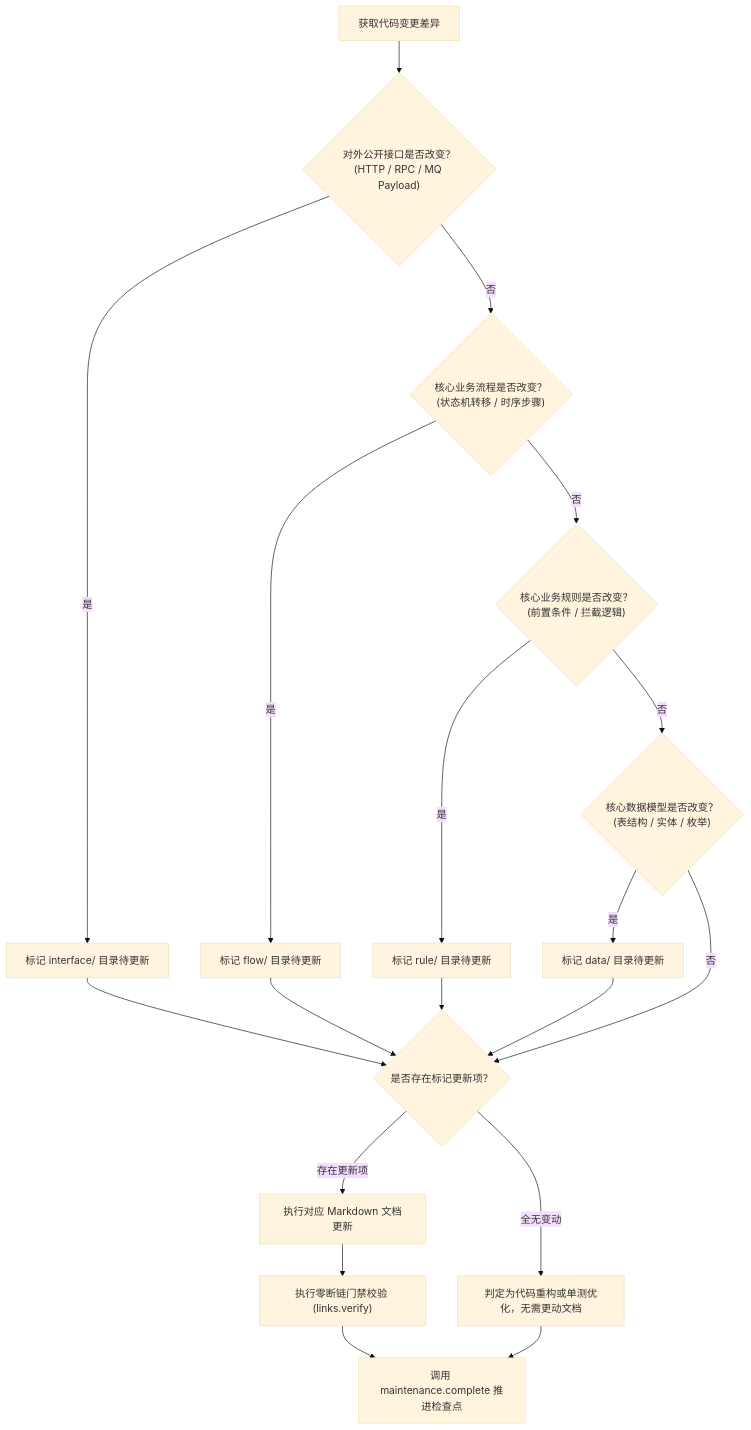
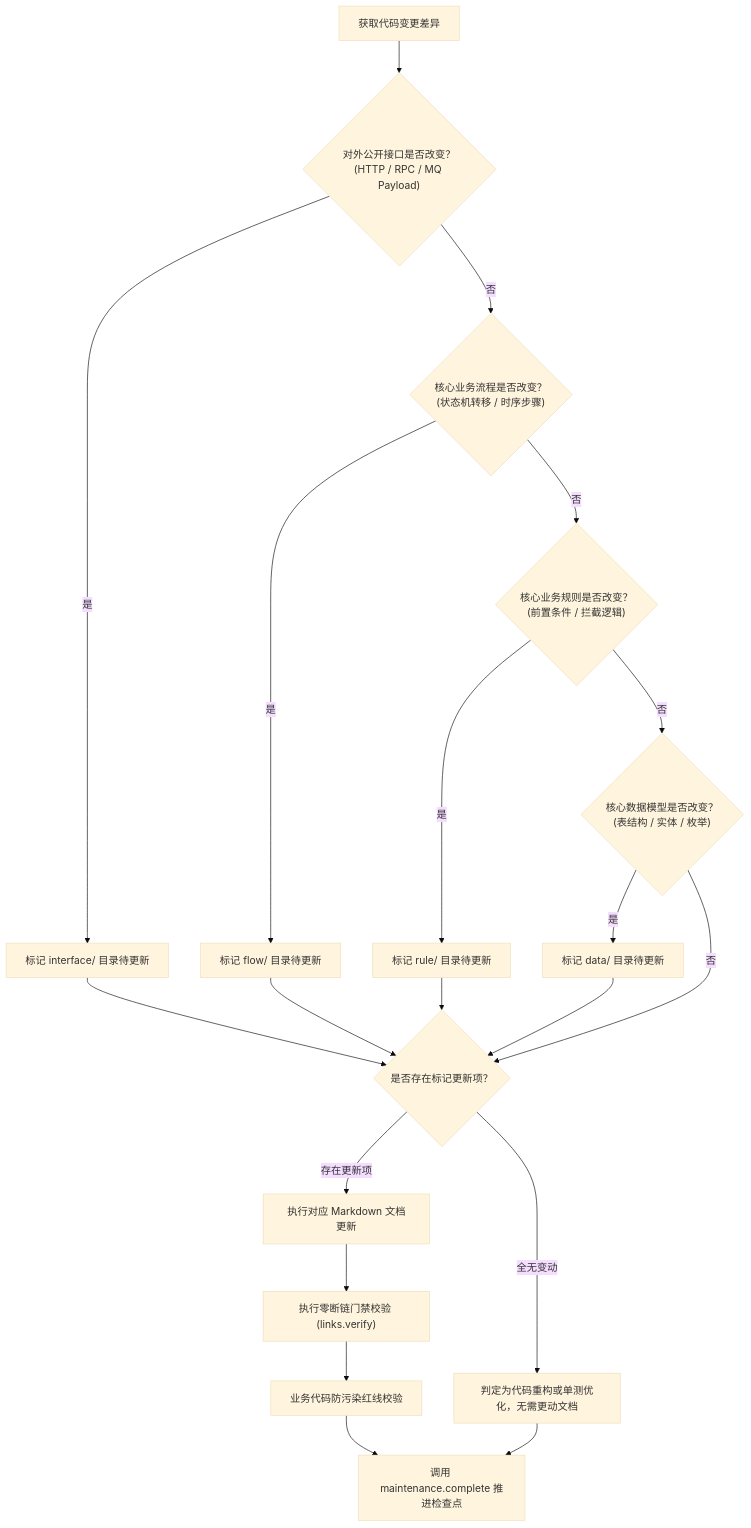
Before and after one commit to fjay/knowledge-dock: the second of 2 diagrams in docs/agent-design.md, drawn with Mermaid (base theme). The commit also changed other lines of this file and 9 other files, not shown here.

Commit message:
docs: rewrite all documentation with concise table-driven invariant architecture style

````diff
--- a/docs/agent-design.md
+++ b/docs/agent-design.md
@@ -70,21 +112,22 @@
 ```mermaid
 flowchart TD
     StartDiff["获取代码变更差异"] --> Q1{"对外公开接口是否改变？<br/>(HTTP / RPC / MQ Payload)"}
     Q1 -->|"是"| MarkInterface["标记 interface/ 目录待更新"]
     Q1 -->|"否"| Q2{"核心业务流程是否改变？<br/>(状态机转移 / 时序步骤)"}
     Q2 -->|"是"| MarkFlow["标记 flow/ 目录待更新"]
     Q2 -->|"否"| Q3{"核心业务规则是否改变？<br/>(前置条件 / 拦截逻辑)"}
     Q3 -->|"是"| MarkRule["标记 rule/ 目录待更新"]
     Q3 -->|"否"| Q4{"核心数据模型是否改变？<br/>(表结构 / 实体 / 枚举)"}
     Q4 -->|"是"| MarkData["标记 data/ 目录待更新"]
     Q4 -->|"否"| CheckMarked{"是否存在标记更新项？"}
     MarkInterface --> CheckMarked
     MarkFlow --> CheckMarked
     MarkRule --> CheckMarked
     MarkData --> CheckMarked
     CheckMarked -->|"存在更新项"| ExecuteUpdate["执行对应 Markdown 文档更新"]
     CheckMarked -->|"全无变动"| SkipUpdate["判定为代码重构或单测优化，无需更动文档"]
     ExecuteUpdate --> VerifyLinks["执行零断链门禁校验 (links.verify)"]
-    VerifyLinks --> AdvanceCommit["调用 maintenance.complete 推进检查点"]
+    VerifyLinks --> CheckRedline["业务代码防污染红线校验"]
+    CheckRedline --> AdvanceCommit["调用 maintenance.complete 推进检查点"]
     SkipUpdate --> AdvanceCommit
 ```
````
